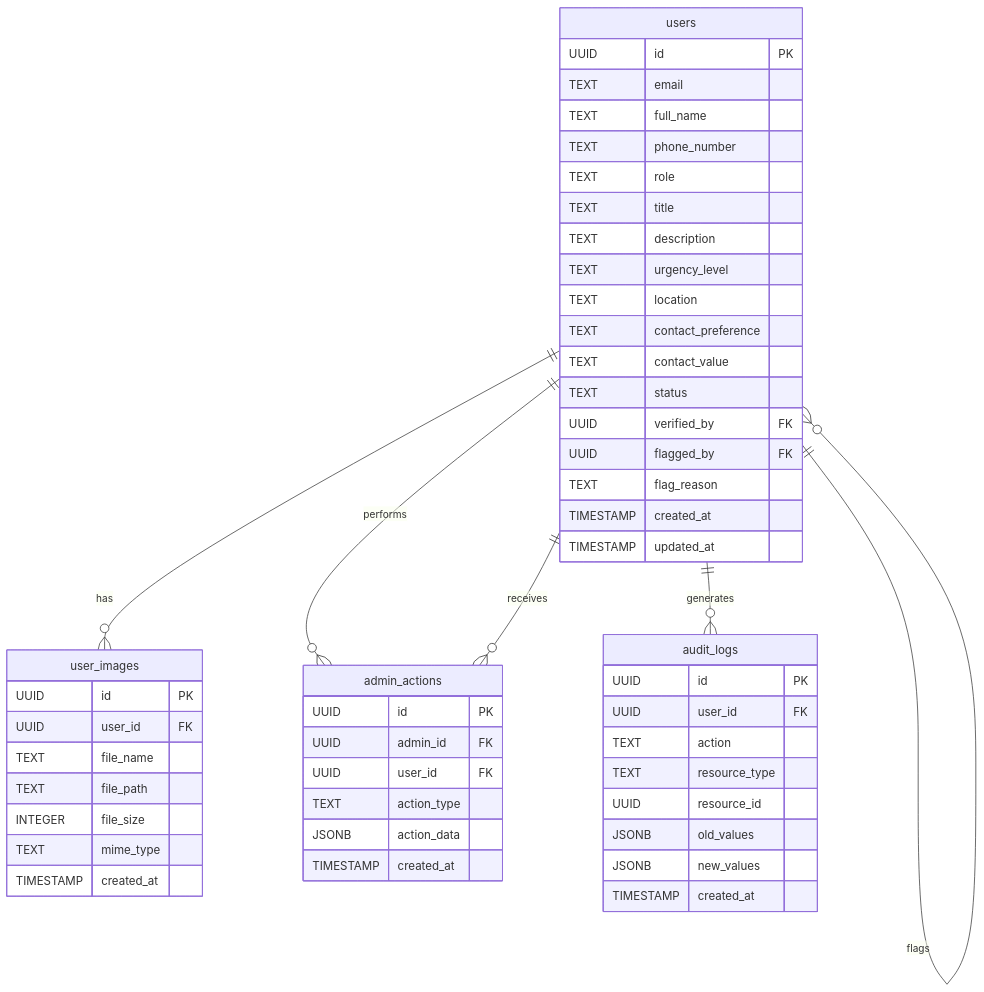
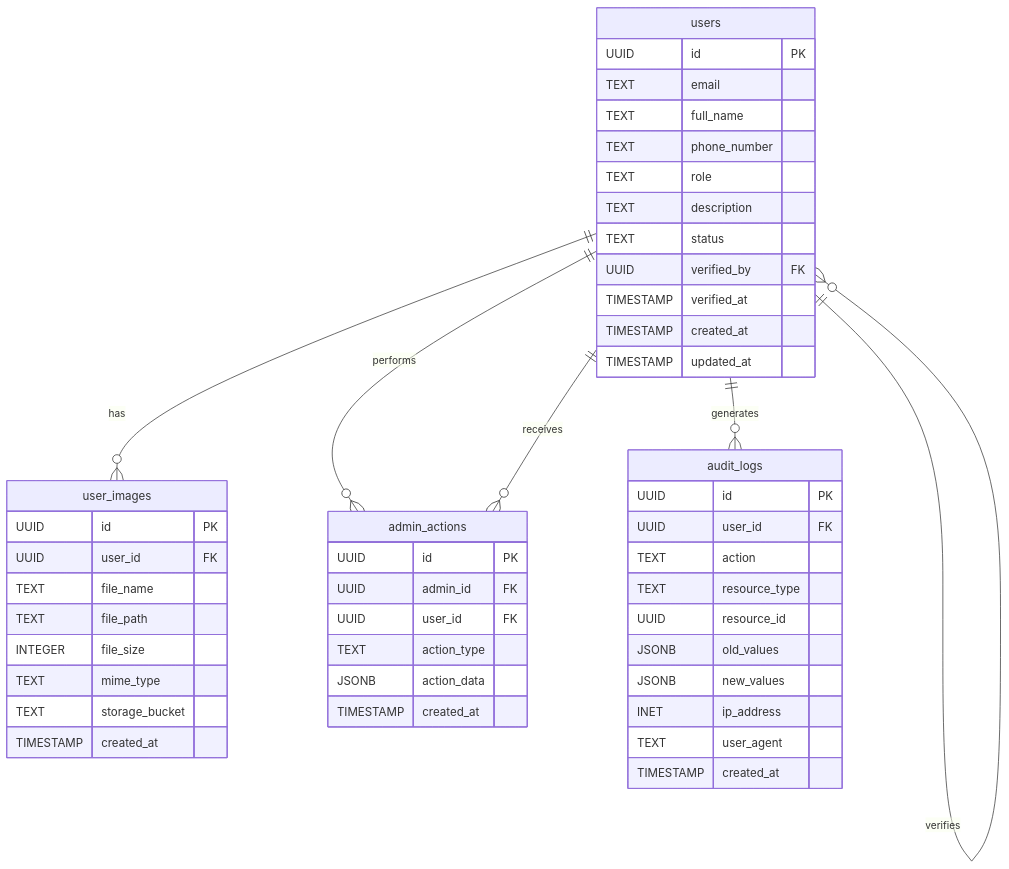
The diagram in packages/backend/database/schema-simple.mermaid (a7madgamal/gaza-trust-me), drawn with Mermaid before and after one commit. The commit also changed 14 other files, not shown here.

```diff
--- a/packages/backend/database/schema-simple.mermaid
+++ b/packages/backend/database/schema-simple.mermaid
@@ -1,57 +1,53 @@
 erDiagram
     users {
         UUID id PK
         TEXT email
         TEXT full_name
         TEXT phone_number
         TEXT role
-        TEXT title
         TEXT description
-        TEXT urgency_level
-        TEXT location
-        TEXT contact_preference
-        TEXT contact_value
         TEXT status
         UUID verified_by FK
-        UUID flagged_by FK
-        TEXT flag_reason
+        TIMESTAMP verified_at
         TIMESTAMP created_at
         TIMESTAMP updated_at
     }
 
     user_images {
         UUID id PK
         UUID user_id FK
         TEXT file_name
         TEXT file_path
         INTEGER file_size
         TEXT mime_type
+        TEXT storage_bucket
         TIMESTAMP created_at
     }
 
     admin_actions {
         UUID id PK
         UUID admin_id FK
         UUID user_id FK
         TEXT action_type
         JSONB action_data
         TIMESTAMP created_at
     }
 
     audit_logs {
         UUID id PK
         UUID user_id FK
         TEXT action
         TEXT resource_type
         UUID resource_id
         JSONB old_values
         JSONB new_values
+        INET ip_address
+        TEXT user_agent
         TIMESTAMP created_at
     }
 
     users ||--o{ user_images : "has"
     users ||--o{ admin_actions : "performs"
     users ||--o{ audit_logs : "generates"
     users ||--o{ admin_actions : "receives"
-    users ||--o{ users : "verifies"
-    users ||--o{ users : "flags" 
+    users ||--o{ users : "verifies" 
```
